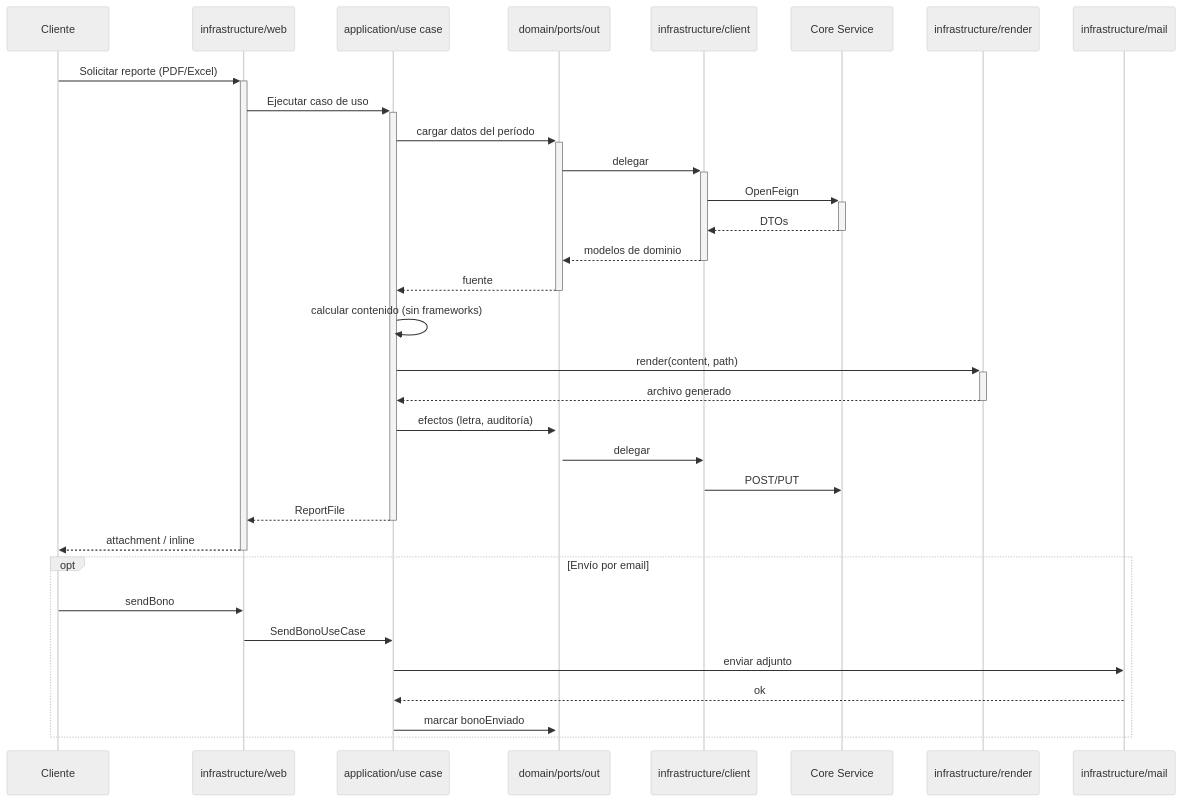
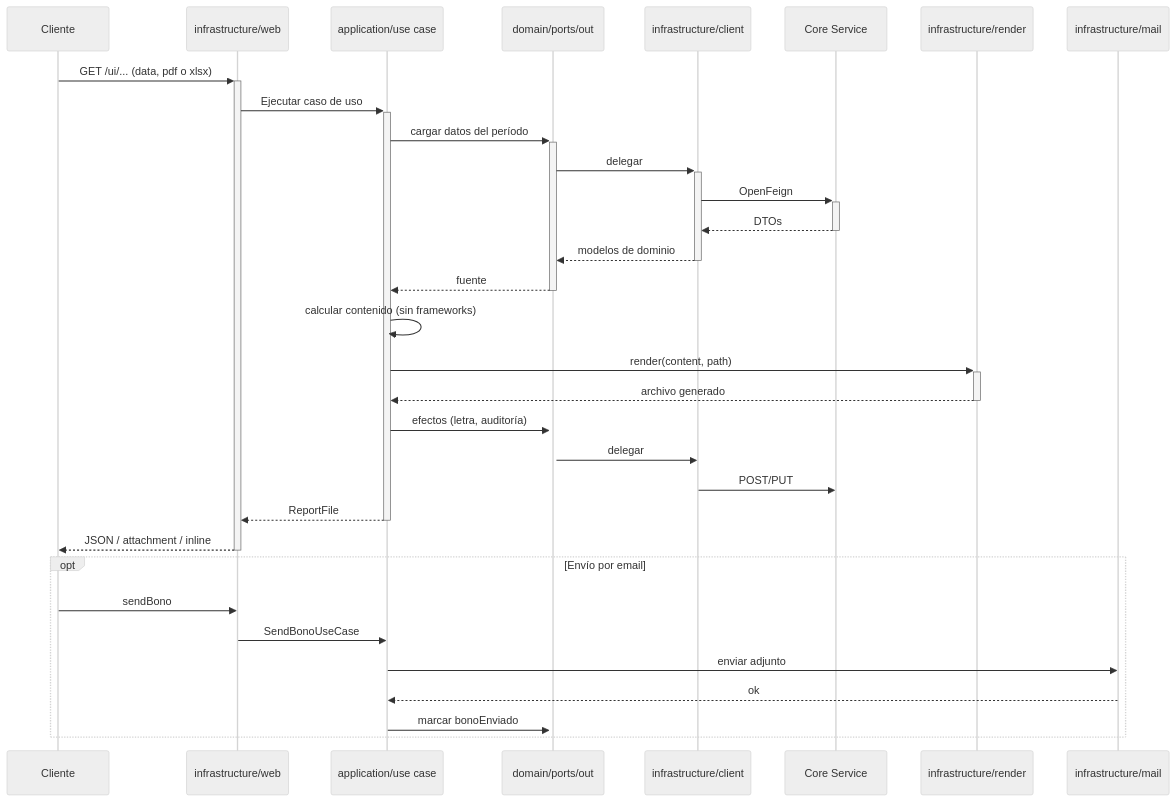
One commit to UM-services/UM.haberes.report-service changed the diagram in docs/diagrams/flujo-reportes.mmd. Above: the diagram before and after it, drawn with Mermaid (neutral theme). The commit also changed 415 other files, not shown here.

First line of the commit message:
feat(ui): agregar namespace /ui con data, PDF y XLSX

```diff
--- a/docs/diagrams/flujo-reportes.mmd
+++ b/docs/diagrams/flujo-reportes.mmd
@@ -1,34 +1,34 @@
 sequenceDiagram
     participant Client as Cliente
     participant Web as infrastructure/web
     participant UC as application/use case
     participant Port as domain/ports/out
     participant Adapter as infrastructure/client
     participant Core as Core Service
     participant Render as infrastructure/render
     participant Mail as infrastructure/mail
 
-    Client->>+Web: Solicitar reporte (PDF/Excel)
+    Client->>+Web: GET /ui/... (data, pdf o xlsx)
     Web->>+UC: Ejecutar caso de uso
     UC->>+Port: cargar datos del período
     Port->>+Adapter: delegar
     Adapter->>+Core: OpenFeign
     Core-->>-Adapter: DTOs
     Adapter-->>-Port: modelos de dominio
     Port-->>-UC: fuente
     UC->>UC: calcular contenido (sin frameworks)
     UC->>+Render: render(content, path)
     Render-->>-UC: archivo generado
     UC->>+Port: efectos (letra, auditoría)
     Port->>Adapter: delegar
     Adapter->>Core: POST/PUT
     UC-->>-Web: ReportFile
-    Web-->>-Client: attachment / inline
+    Web-->>-Client: JSON / attachment / inline
 
     opt Envío por email
         Client->>Web: sendBono
         Web->>UC: SendBonoUseCase
         UC->>Mail: enviar adjunto
         Mail-->>UC: ok
         UC->>Port: marcar bonoEnviado
     end
```
